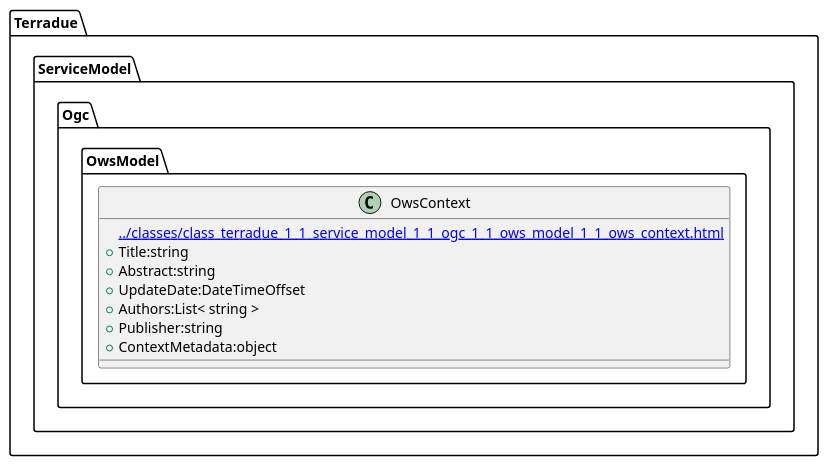
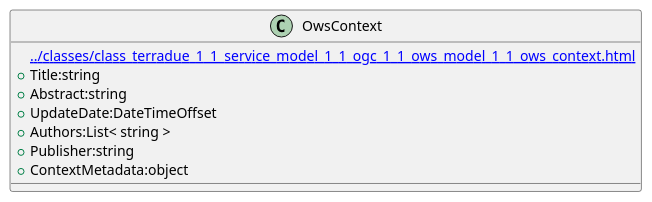
One commit to urban-tep/DDF-SDD changed the diagram in source/classes/class_terradue_1_1_service_model_1_1_ogc_1_1_ows_model_1_1_ows_context.iuml. Above: the diagram before and after it, drawn with PlantUML. The commit also changed 50 other files, not shown here.

```diff
--- a/source/classes/class_terradue_1_1_service_model_1_1_ogc_1_1_ows_model_1_1_ows_context.iuml
+++ b/source/classes/class_terradue_1_1_service_model_1_1_ogc_1_1_ows_model_1_1_ows_context.iuml
@@ -1,12 +1,11 @@
 @startuml
-set namespaceSeparator ::
-class Terradue::ServiceModel::Ogc::OwsModel::OwsContext {
+class OwsContext {
 [[../classes/class_terradue_1_1_service_model_1_1_ogc_1_1_ows_model_1_1_ows_context.html]]
  +Title:string
  +Abstract:string
  +UpdateDate:DateTimeOffset
  +Authors:List< string >
  +Publisher:string
  +ContextMetadata:object
 }
 @enduml
```
